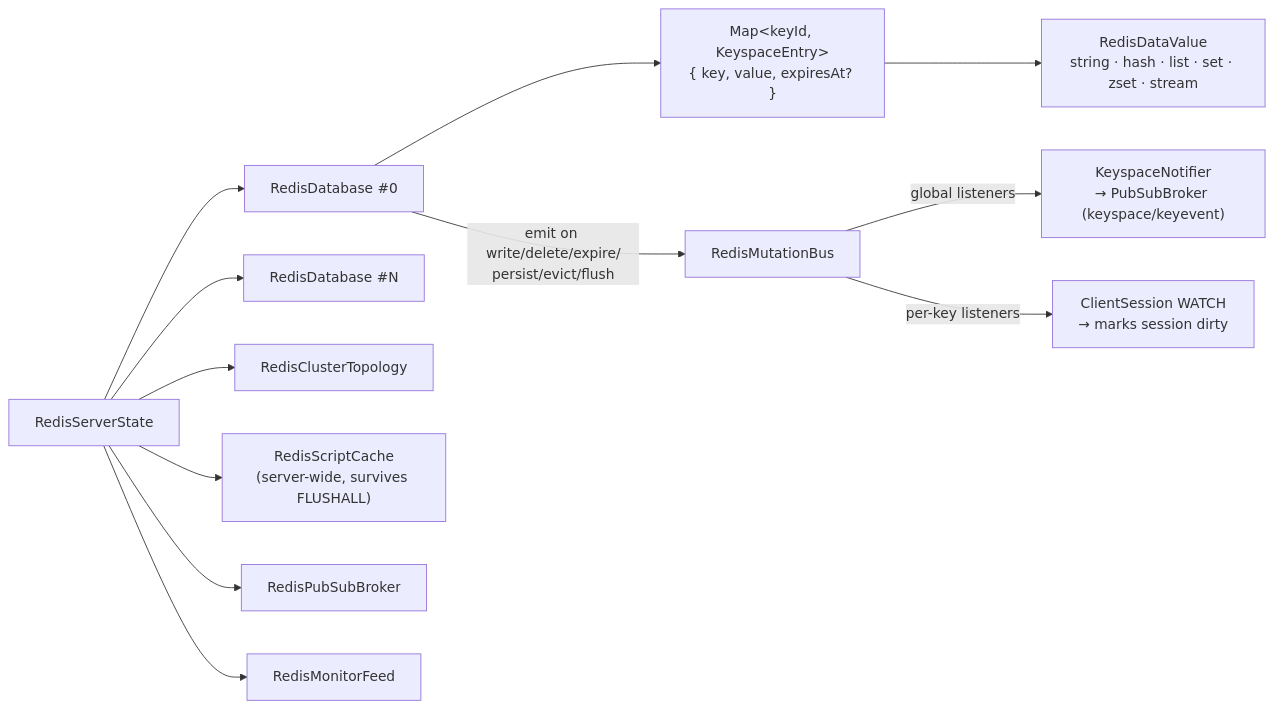
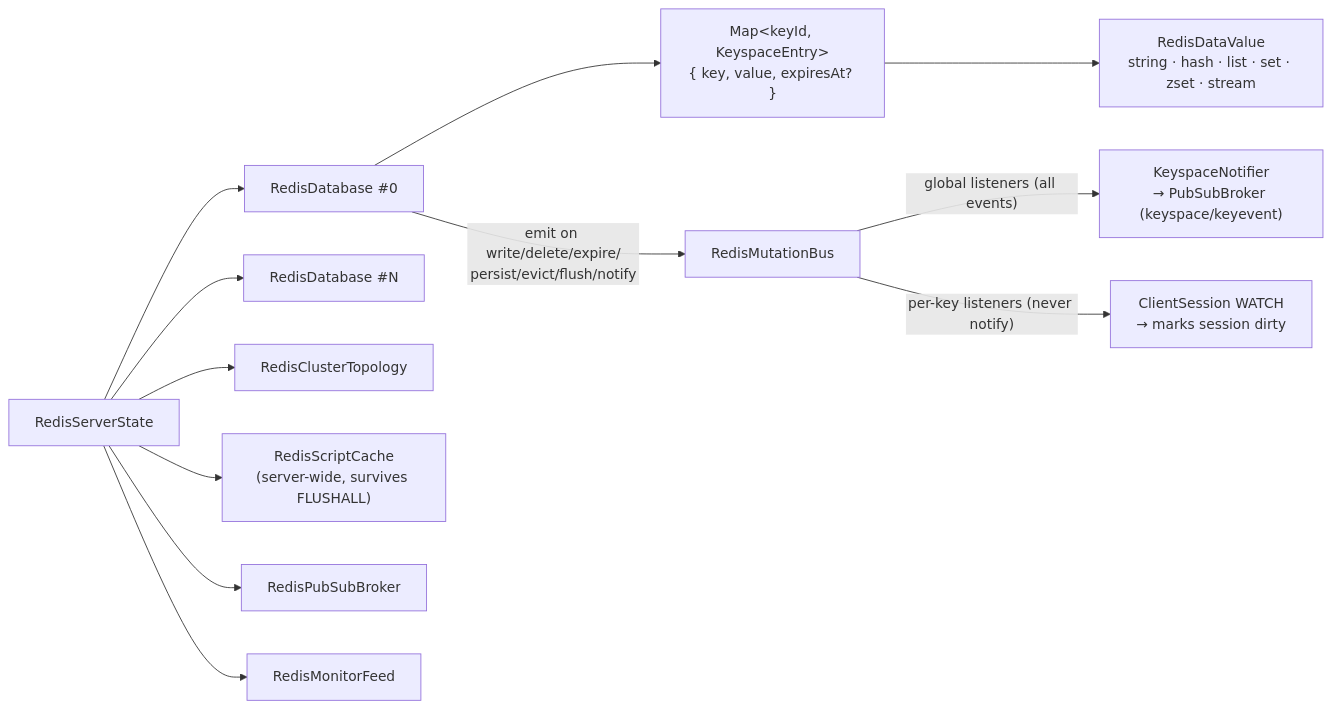
The sixth of 6 diagrams in docs/ARCHITECTURE.md (fatal10110/js-redis-server), drawn with Mermaid before and after one commit. The commit also changed other lines of this file and 41 other files, not shown here.

First line of the commit message:
fix: keyspace notifications — split WATCH/notify signals, carry command on events, name by operation (#379, #444, #446, #381) (#486)

````diff
--- a/docs/ARCHITECTURE.md
+++ b/docs/ARCHITECTURE.md
@@ -303,16 +303,16 @@
 ```mermaid
 flowchart LR
     SS[RedisServerState] --> RD0["RedisDatabase #0"]
     SS --> RD1["RedisDatabase #N"]
     SS --> CT[RedisClusterTopology]
     SS --> SCC["RedisScriptCache<br/>(server-wide, survives FLUSHALL)"]
     SS --> PB[RedisPubSubBroker]
     SS --> MF[RedisMonitorFeed]
 
     RD0 --> ME["Map&lt;keyId, KeyspaceEntry&gt;<br/>{ key, value, expiresAt? }"]
     ME --> DT["RedisDataValue<br/>string · hash · list · set · zset · stream"]
-    RD0 -- "emit on write/delete/expire/<br/>persist/evict/flush" --> MB[RedisMutationBus]
+    RD0 -- "emit on write/delete/expire/<br/>persist/evict/flush/notify" --> MB[RedisMutationBus]
 
-    MB -- "global listeners" --> KN["KeyspaceNotifier<br/>→ PubSubBroker (keyspace/keyevent)"]
-    MB -- "per-key listeners" --> WL["ClientSession WATCH<br/>→ marks session dirty"]
+    MB -- "global listeners (all events)" --> KN["KeyspaceNotifier<br/>→ PubSubBroker (keyspace/keyevent)"]
+    MB -- "per-key listeners (never notify)" --> WL["ClientSession WATCH<br/>→ marks session dirty"]
 ```
````
